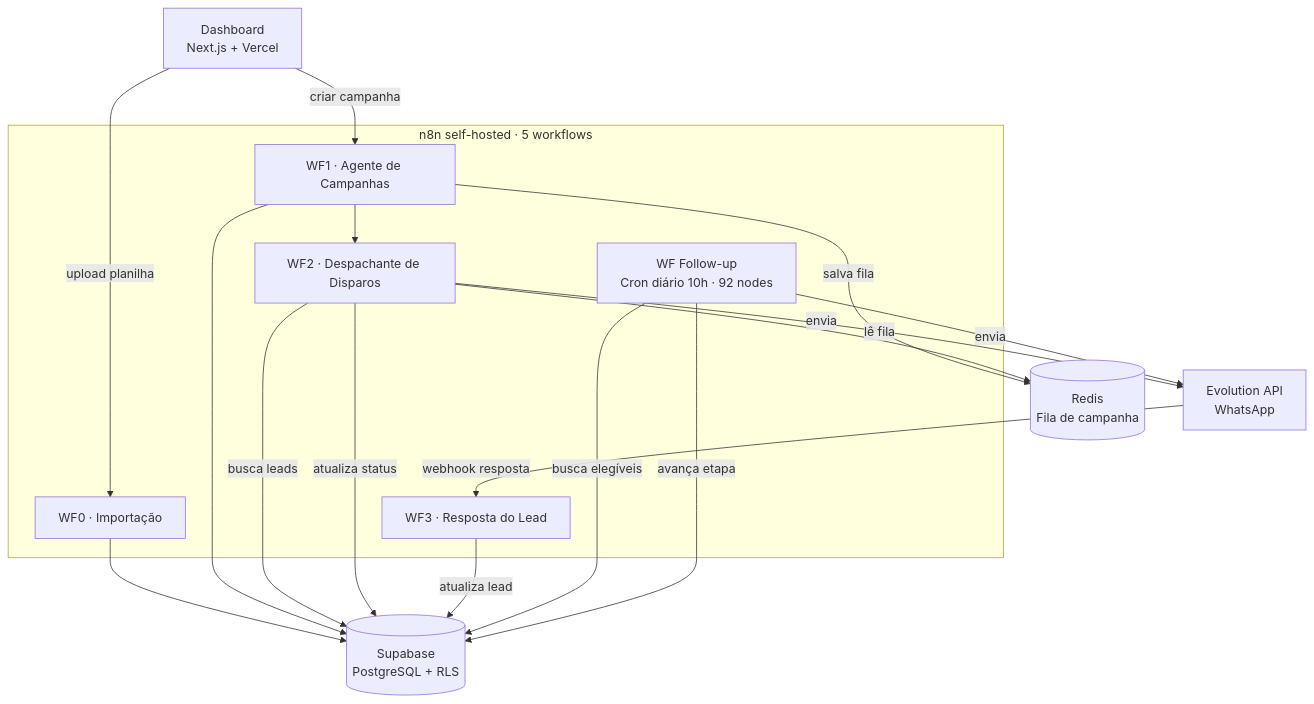
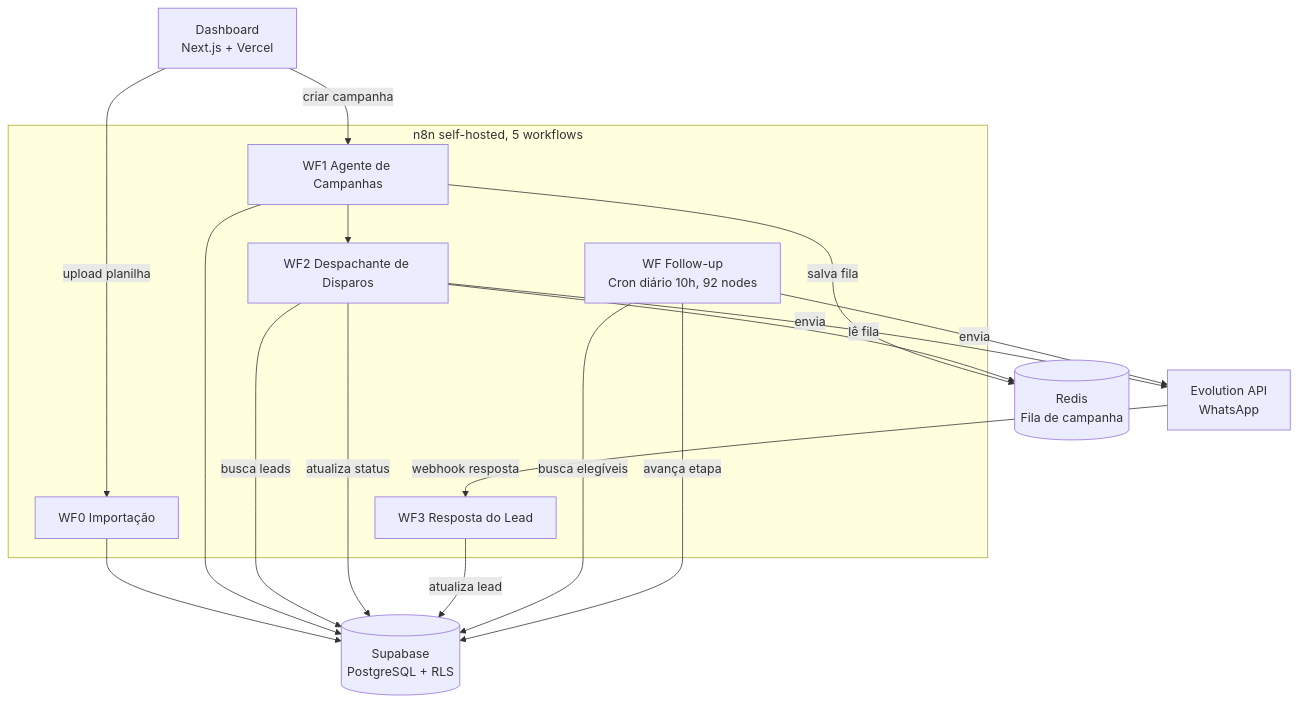
One commit to Guilherme-Bosco/reativalead-showcase changed the diagram in README.md. Above: the diagram before and after it, drawn with Mermaid. The commit also changed other lines of this file, not shown here.

````diff
--- a/README.md
+++ b/README.md
@@ -54,36 +56,36 @@
 ```mermaid
 flowchart TB
     Dashboard["Dashboard<br/>Next.js + Vercel"]
 
-    subgraph n8n["n8n self-hosted · 5 workflows"]
-        WF0[WF0 · Importação]
-        WF1[WF1 · Agente de Campanhas]
-        WF2[WF2 · Despachante de Disparos]
-        WF3[WF3 · Resposta do Lead]
-        WFFollow[WF Follow-up<br/>Cron diário 10h · 92 nodes]
+    subgraph n8n["n8n self-hosted, 5 workflows"]
+        WF0["WF0 Importação"]
+        WF1["WF1 Agente de Campanhas"]
+        WF2["WF2 Despachante de Disparos"]
+        WF3["WF3 Resposta do Lead"]
+        WFFollow["WF Follow-up<br/>Cron diário 10h, 92 nodes"]
     end
 
     Supabase[("Supabase<br/>PostgreSQL + RLS")]
     Redis[("Redis<br/>Fila de campanha")]
     Evo["Evolution API<br/>WhatsApp"]
 
     Dashboard -->|upload planilha| WF0
     Dashboard -->|criar campanha| WF1
     WF0 --> Supabase
 
     WF1 --> Supabase
     WF1 -->|salva fila| Redis
     WF1 --> WF2
 
     WF2 -->|lê fila| Redis
     WF2 -->|busca leads| Supabase
     WF2 -->|envia| Evo
     WF2 -->|atualiza status| Supabase
 
     Evo -->|webhook resposta| WF3
     WF3 -->|atualiza lead| Supabase
 
     WFFollow -->|busca elegíveis| Supabase
     WFFollow -->|envia| Evo
     WFFollow -->|avança etapa| Supabase
 ```
````
